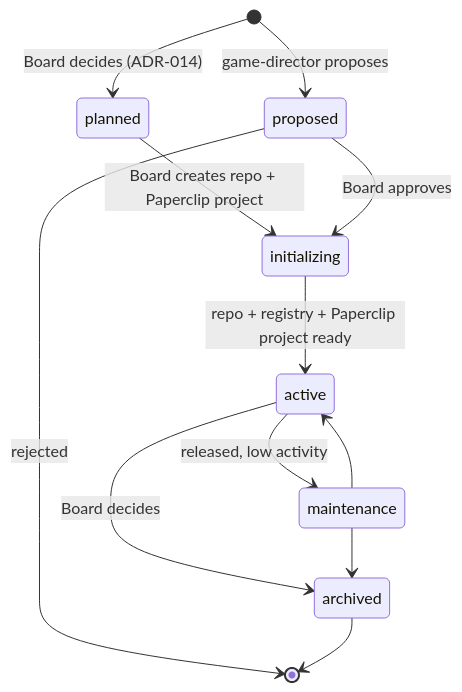
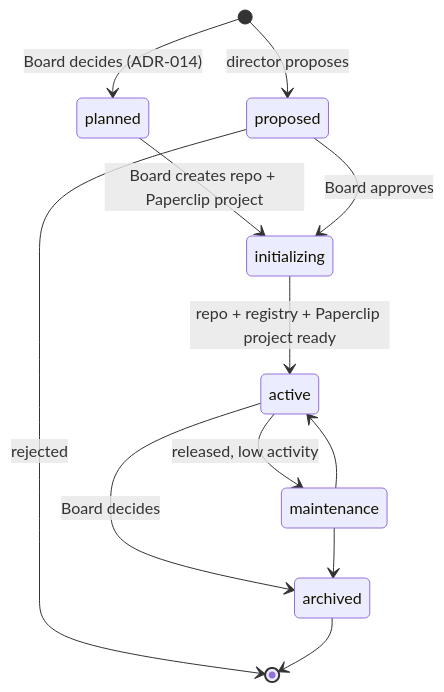
One commit to datpham02/company-os changed the diagram in docs/design/project-system.md. Above: the diagram before and after it, drawn with Mermaid. The commit also changed other lines of this file and 132 other files, not shown here.

First line of the commit message:
Restructure into knowledge/ and departments; rename game-director to director

````diff
--- a/docs/design/project-system.md
+++ b/docs/design/project-system.md
@@ -40,14 +40,14 @@
 ```mermaid
 stateDiagram-v2
   [*] --> planned: Board decides (ADR-014)
   planned --> initializing: Board creates repo + Paperclip project
-  [*] --> proposed: game-director proposes
+  [*] --> proposed: director proposes
   proposed --> initializing: Board approves
   proposed --> [*]: rejected
   initializing --> active: repo + registry + Paperclip project ready
   active --> maintenance: released, low activity
   maintenance --> active
   active --> archived: Board decides
   maintenance --> archived
   archived --> [*]
 ```
````
